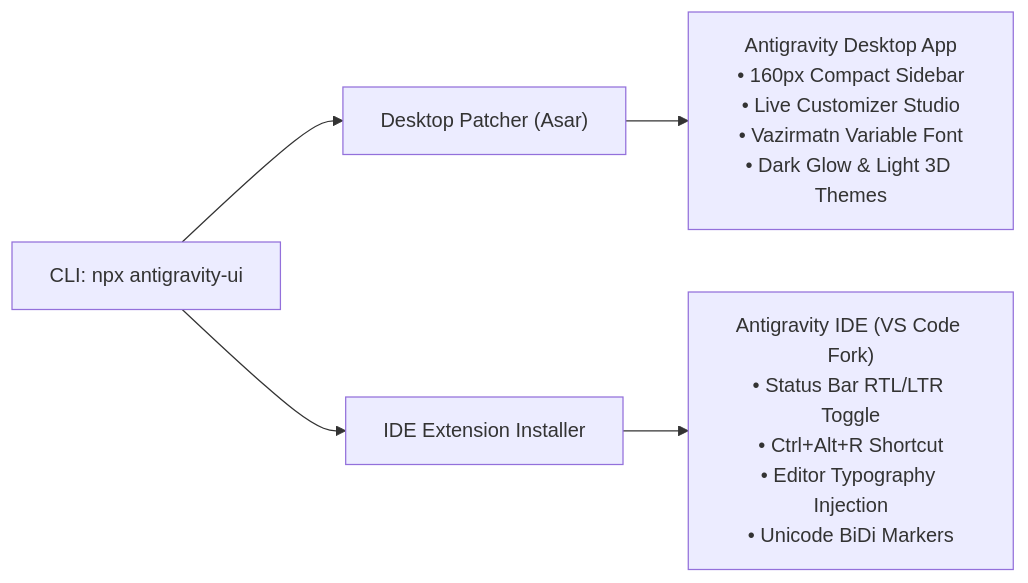
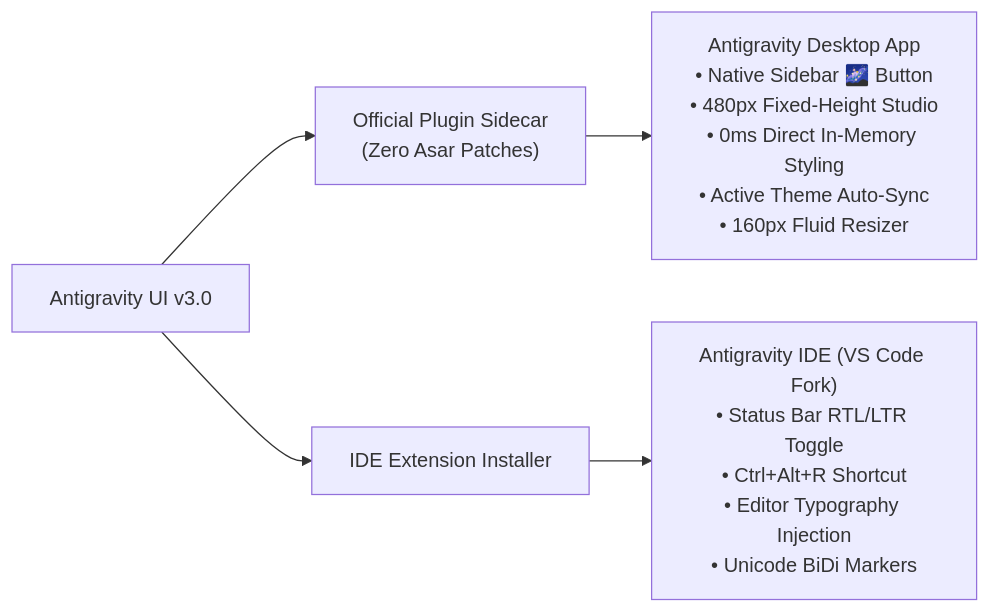
Before and after one commit to omid-io/antigravity-ui: the diagram in README.md, drawn with Mermaid. The commit also changed other lines of this file and 2 other files, not shown here.

Commit message:
docs: release v3.0.0 with zero-patch architecture and updated documentation

````diff
--- a/README.md
+++ b/README.md
@@ -82,7 +83,7 @@
 ```mermaid
 flowchart LR
-    A["CLI: npx antigravity-ui"] --> B["Desktop Patcher (Asar)"]
+    A["Antigravity UI v3.0"] --> B["Official Plugin Sidecar<br/>(Zero Asar Patches)"]
     A --> C["IDE Extension Installer"]
-    B --> D["Antigravity Desktop App<br/>• 160px Compact Sidebar<br/>• Live Customizer Studio<br/>• Vazirmatn Variable Font<br/>• Dark Glow & Light 3D Themes"]
+    B --> D["Antigravity Desktop App<br/>• Native Sidebar 🌌 Button<br/>• 480px Fixed-Height Studio<br/>• 0ms Direct In-Memory Styling<br/>• Active Theme Auto-Sync<br/>• 160px Fluid Resizer"]
     C --> E["Antigravity IDE (VS Code Fork)<br/>• Status Bar RTL/LTR Toggle<br/>• Ctrl+Alt+R Shortcut<br/>• Editor Typography Injection<br/>• Unicode BiDi Markers"]
 ```
````
